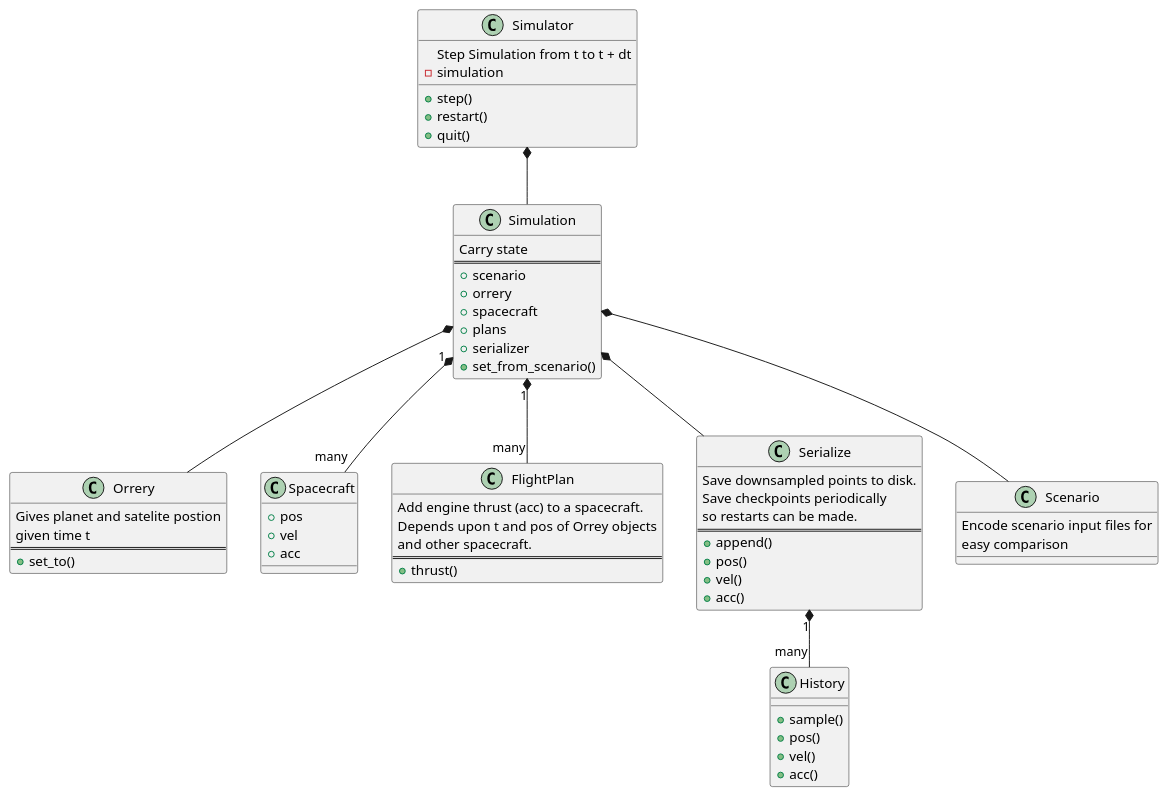
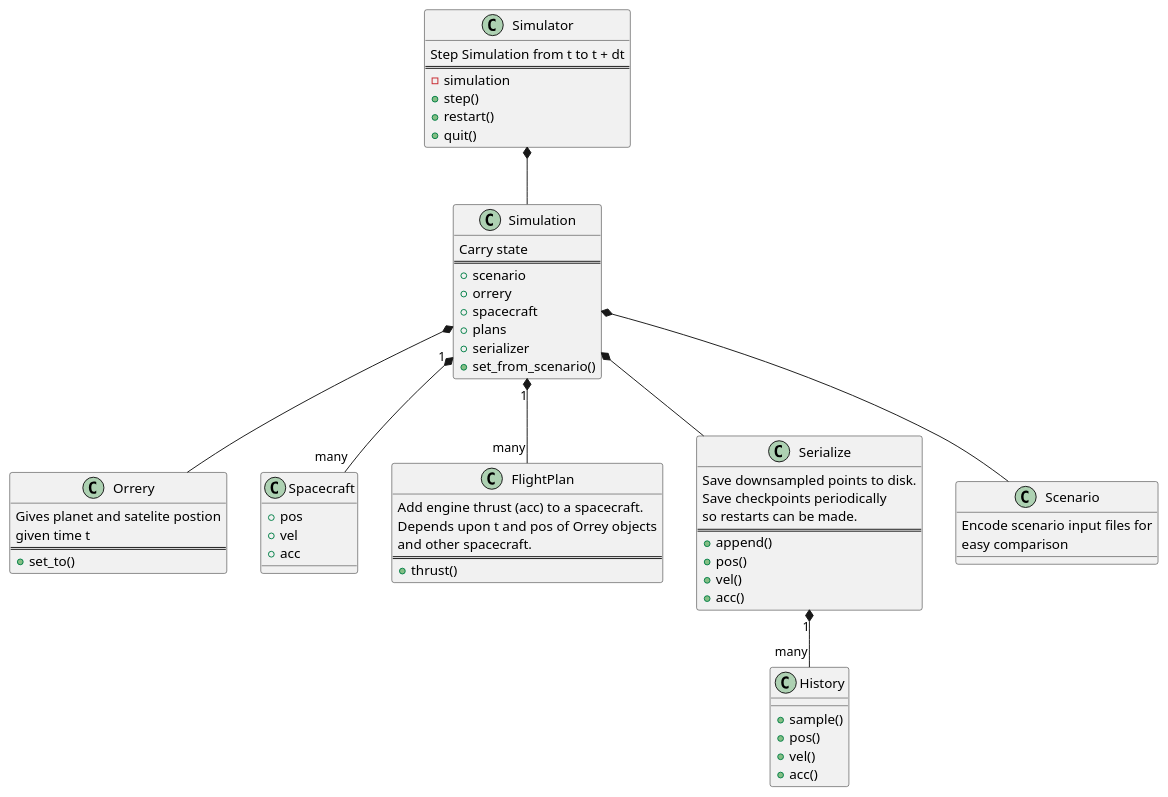
The diagram in docs/uml/classes.puml (kghose/groho), drawn with PlantUML before and after one commit. The commit also changed 2 other files, not shown here.

```diff
--- a/docs/uml/classes.puml
+++ b/docs/uml/classes.puml
@@ -1,78 +1,79 @@
 @startuml classes
 
 Class Orrery {
 Gives planet and satelite postion 
 given time t
 ==
 +set_to()
 }
 
 Class Spacecraft {
 +pos
 +vel
 +acc
 }
 
 class FlightPlan {
 Add engine thrust (acc) to a spacecraft. 
 Depends upon t and pos of Orrey objects 
 and other spacecraft.
 ==
 +thrust()    
 }
 
 class Serialize {
 Save downsampled points to disk. 
 Save checkpoints periodically 
 so restarts can be made.
 ==
 +append()
 +pos()
 +vel()
 +acc()
 }
 
 Serialize "1" *-- "many" History
 
 class History {
 +sample()
 +pos()
 +vel()
 +acc()
 }
 
 class Scenario {
 Encode scenario input files for 
 easy comparison
 }
 
 class Simulation {
 Carry state
 ==
 +scenario
 +orrery
 +spacecraft
 +plans
 +serializer
 +set_from_scenario()
 }
 
 Simulation *-- Scenario
 Simulation *-- Orrery
 Simulation "1" *-- "many" Spacecraft
 Simulation "1" *-- "many" FlightPlan
 Simulation *-- Serialize
 
 class Simulator {
 Step Simulation from t to t + dt
+==
 -simulation
 +step()
 +restart()
 +quit()
 }
 
 Simulator *-- Simulation
 
 
 
 @enduml
```
